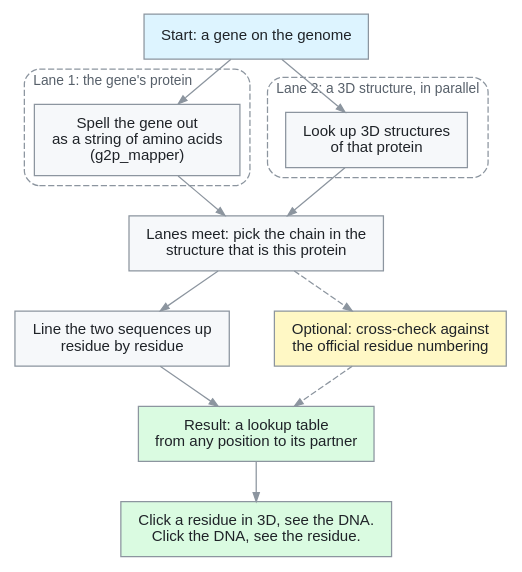
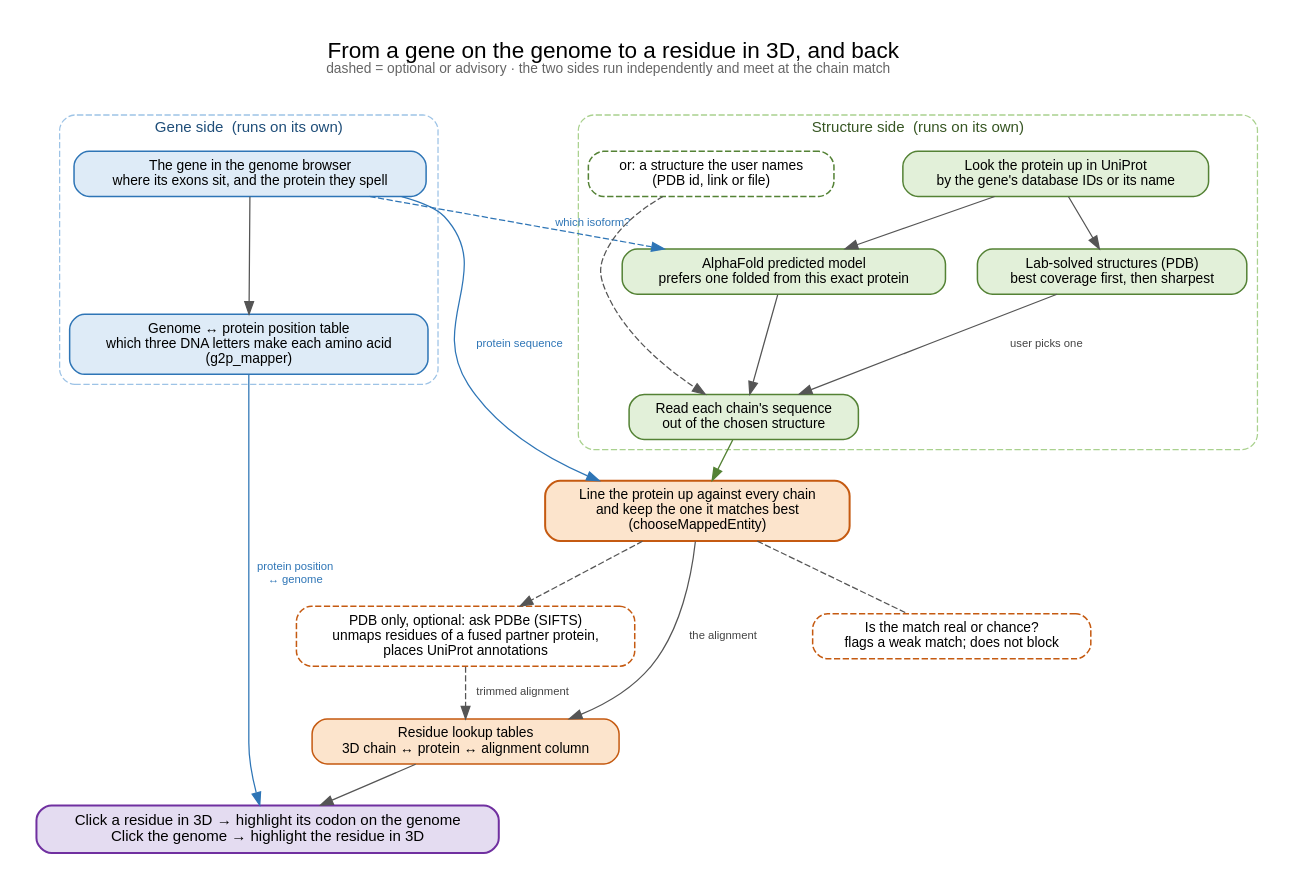
The diagram in docs/img/pipeline.dot (GMOD/p2s_mapper), drawn with Graphviz before and after one commit. The commit also changed 3 other files, not shown here.

First line of the commit message:
docs: replace pipeline flowchart with the two-side version, and correct SIFTS's role

```diff
--- a/docs/img/pipeline.dot
+++ b/docs/img/pipeline.dot
@@ -1,65 +1,66 @@
-digraph pipeline {
-  rankdir = TB
-  compound = true
-  bgcolor = "white"
-  nodesep = 0.5
-  ranksep = 0.45
+digraph p2s {
+  graph [bgcolor=white, fontname=Helvetica, rankdir=TB, nodesep=0.35, ranksep=0.45,
+         labelloc=t, fontsize=18, pad=0.3, newrank=true,
+         label=<From a gene on the genome to a residue in 3D, and back<BR/><FONT POINT-SIZE="11" COLOR="#666666">dashed = optional or advisory · the two sides run independently and meet at the chain match</FONT><BR/> >]
+  node  [fontname=Helvetica, fontsize=11, shape=box, style="rounded,filled",
+         penwidth=1.2, margin="0.18,0.08"]
+  edge  [fontname=Helvetica, fontsize=9, color="#555555", fontcolor="#444444"]
 
-  node [
-    fontname = "Helvetica,Arial,sans-serif"
-    fontsize = 12
-    fontcolor = "#1f2328"
-    color = "#8c959f"
-    style = "filled"
-    fillcolor = "#f6f8fa"
-    shape = box
-    margin = "0.2,0.12"
-  ]
-  edge [
-    fontname = "Helvetica,Arial,sans-serif"
-    fontsize = 10
-    fontcolor = "#57606a"
-    color = "#8c959f"
-    arrowsize = 0.7
-  ]
-
-  gene [label = "Start: a gene on the genome", fillcolor = "#ddf4ff"]
-
-  subgraph cluster_a {
-    label = "Lane 1: the gene's protein"
-    labeljust = l
-    fontname = "Helvetica,Arial,sans-serif"
-    fontsize = 11
-    fontcolor = "#57606a"
-    color = "#8c959f"
-    style = "rounded,dashed"
-    protein [label = "Spell the gene out\nas a string of amino acids\n(g2p_mapper)"]
+  subgraph cluster_gene {
+    label="Gene side  (runs on its own)"; fontsize=12; fontcolor="#1f4e79"
+    style="rounded,dashed"; color="#9dc3e6"
+    gene  [label="The gene in the genome browser\nwhere its exons sit, and the protein they spell",
+           fillcolor="#deebf7", color="#2e75b6"]
+    table [label="Genome ↔ protein position table\nwhich three DNA letters make each amino acid\n(g2p_mapper)",
+           fillcolor="#deebf7", color="#2e75b6"]
   }
 
-  subgraph cluster_b {
-    label = "Lane 2: a 3D structure, in parallel"
-    labeljust = l
-    fontname = "Helvetica,Arial,sans-serif"
-    fontsize = 11
-    fontcolor = "#57606a"
-    color = "#8c959f"
-    style = "rounded,dashed"
-    find [label = "Look up 3D structures\nof that protein"]
+  subgraph cluster_struct {
+    label="Structure side  (runs on its own)"; fontsize=12; fontcolor="#375623"
+    style="rounded,dashed"; color="#a9d18e"
+    uniprot [label="Look the protein up in UniProt\nby the gene's database IDs or its name",
+             fillcolor="#e2f0d9", color="#548235"]
+    af      [label="AlphaFold predicted model\nprefers one folded from this exact protein",
+             fillcolor="#e2f0d9", color="#548235"]
+    pdb     [label="Lab-solved structures (PDB)\nbest coverage first, then sharpest",
+             fillcolor="#e2f0d9", color="#548235"]
+    own     [label="or: a structure the user names\n(PDB id, link or file)",
+             fillcolor="white", color="#548235", style="rounded,dashed"]
+    chains  [label="Read each chain's sequence\nout of the chosen structure",
+             fillcolor="#e2f0d9", color="#548235"]
   }
 
-  chain [label = "Lanes meet: pick the chain in the\nstructure that is this protein"]
-  match [label = "Line the two sequences up\nresidue by residue"]
-  official [label = "Optional: cross-check against\nthe official residue numbering", fillcolor = "#fff8c5"]
-  maps [label = "Result: a lookup table\nfrom any position to its partner", fillcolor = "#dafbe1"]
-  use [label = "Click a residue in 3D, see the DNA.\nClick the DNA, see the residue.", fillcolor = "#dafbe1"]
+  match  [label="Line the protein up against every chain\nand keep the one it matches best\n(chooseMappedEntity)",
+          fillcolor="#fce4cc", color="#c55a11", penwidth=1.6]
+  check  [label="Is the match real or chance?\nflags a weak match; does not block",
+          fillcolor="white", color="#c55a11", style="rounded,dashed"]
+  sifts  [label="PDB only, optional: ask PDBe (SIFTS)\nunmaps residues of a fused partner protein,\nplaces UniProt annotations",
+          fillcolor="white", color="#c55a11", style="rounded,dashed"]
+  lookup [label="Residue lookup tables\n3D chain ↔ protein ↔ alignment column",
+          fillcolor="#fce4cc", color="#c55a11"]
+  result [label="Click a residue in 3D → highlight its codon on the genome\nClick the genome → highlight the residue in 3D",
+          fillcolor="#e4dcf1", color="#7030a0", penwidth=1.6, fontsize=12]
 
-  gene -> find
-  gene -> protein
-  find -> chain
-  protein -> chain
-  chain -> match
-  match -> maps
-  chain -> official [style = dashed]
-  official -> maps [style = dashed]
-  maps -> use
+  gene -> table
+  uniprot -> af
+  uniprot -> pdb
+  af -> chains
+  pdb -> chains [label=" user picks one"]
+  own -> chains [style=dashed]
+
+  gene -> af [style=dashed, color="#2e75b6", constraint=false,
+              label=" which isoform?", fontcolor="#2e75b6"]
+  gene -> match [label=" protein sequence", color="#2e75b6", fontcolor="#2e75b6"]
+  chains -> match [color="#548235"]
+
+  match -> check  [style=dashed, arrowhead=none]
+  match -> lookup [label=" the alignment"]
+  match -> sifts  [style=dashed]
+  sifts -> lookup [style=dashed, label=" trimmed alignment"]
+
+  lookup -> result
+  table  -> result [color="#2e75b6", label=" protein position\n↔ genome", fontcolor="#2e75b6"]
+
+  {rank=same; gene; uniprot; own}
+  {rank=same; check; sifts}
 }
```
